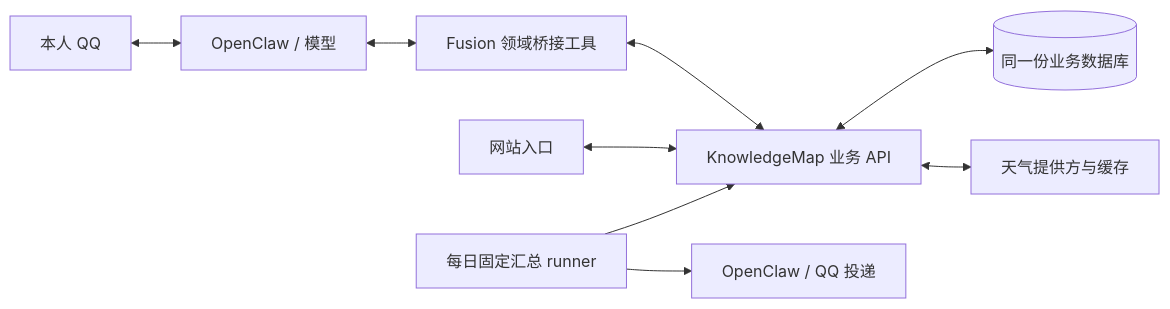
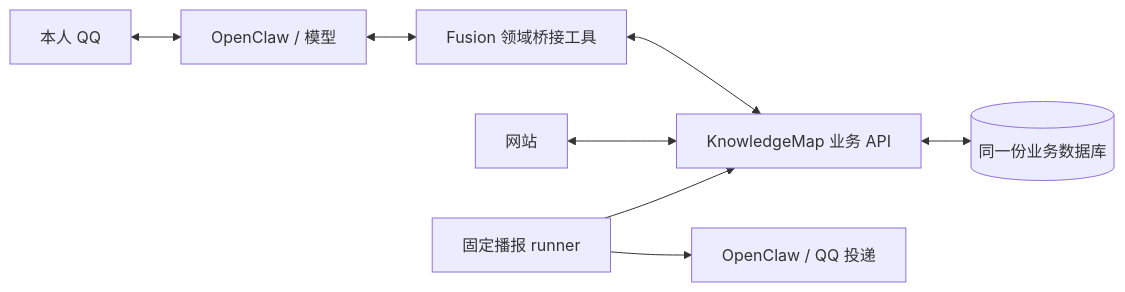
Before and after one commit to zsh-afrangry/MyBot: the diagram in docs/23_KnowledgeMap业务能力桥接.md, drawn with Mermaid. The commit also changed other lines of this file and 38 other files, not shown here.

````diff
--- a/docs/23_KnowledgeMap业务能力桥接.md
+++ b/docs/23_KnowledgeMap业务能力桥接.md
@@ -44,11 +106,10 @@
 ```mermaid
 flowchart LR
   QQ[本人 QQ] <--> OC[OpenClaw / 模型]
   OC <--> Tools[Fusion 领域桥接工具]
   Tools <--> API[KnowledgeMap 业务 API]
-  Web[网站入口] <--> API
+  Web[网站] <--> API
   API <--> DB[(同一份业务数据库)]
-  API <--> Weather[天气提供方与缓存]
-  Cron[每日固定汇总 runner] --> API
+  Cron[固定播报 runner] --> API
   Cron --> Delivery[OpenClaw / QQ 投递]
 ```
````
